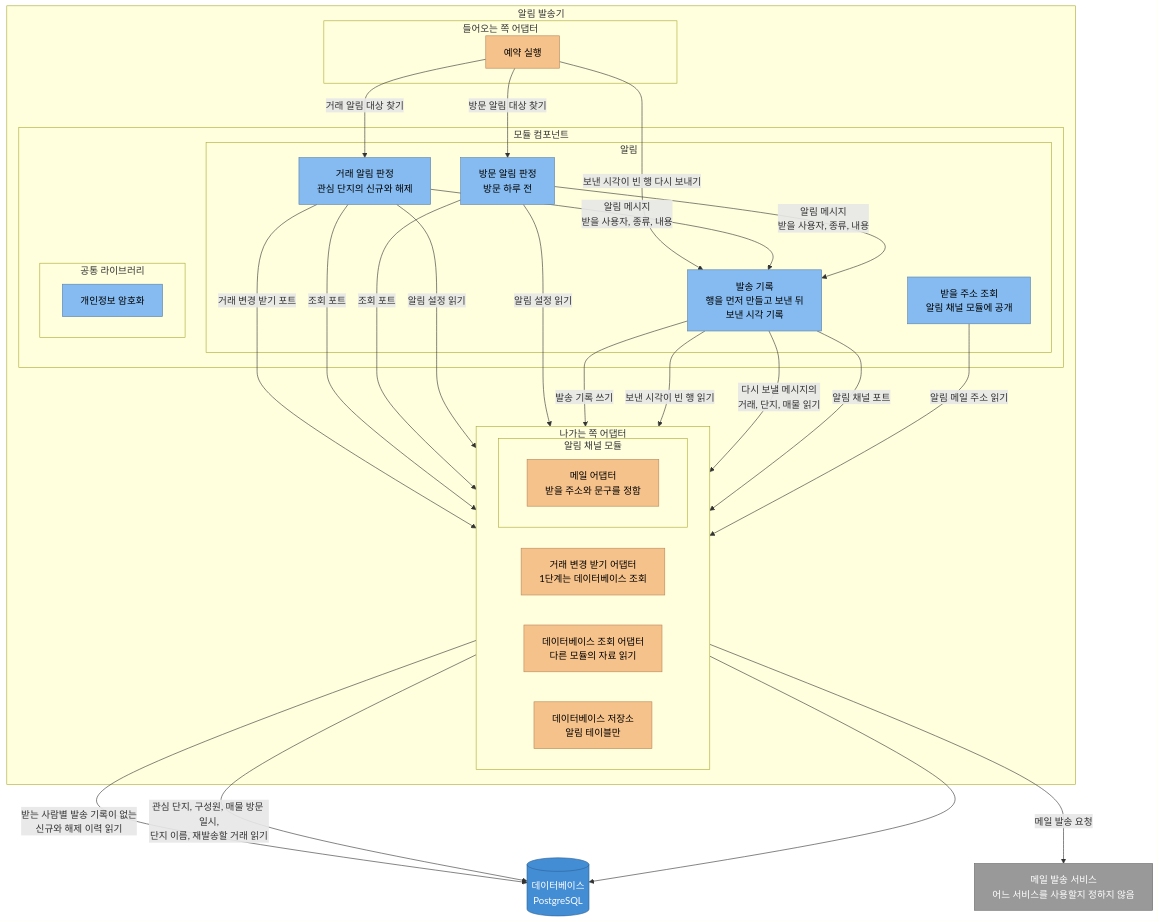
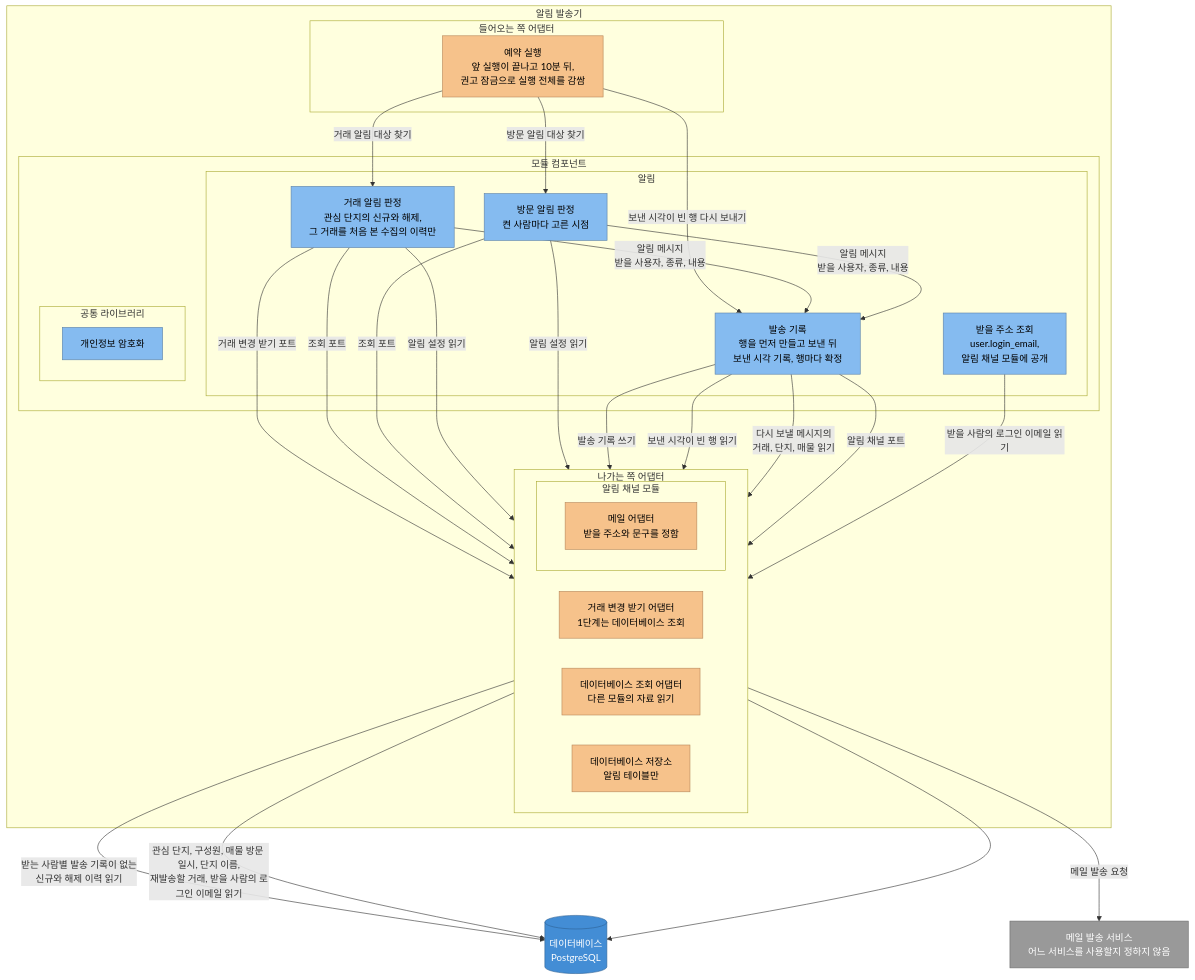
Before and after one commit to Park-Seung-Hun/real-estate: the third of 3 diagrams in docs/architecture/c4-component.md, drawn with Mermaid. The commit also changed other lines of this file and 7 other files, not shown here.

````diff
--- a/docs/architecture/c4-component.md
+++ b/docs/architecture/c4-component.md
@@ -262,63 +265,63 @@
 ```mermaid
 %%{init: {'flowchart': {'wrappingWidth': 260}}}%%
 flowchart TB
   subgraph nt["알림 발송기"]
     subgraph nin["들어오는 쪽 어댑터"]
-      nsched["예약 실행"]
+      nsched["예약 실행<br/>앞 실행이 끝나고 10분 뒤,<br/>권고 잠금으로 실행 전체를 감쌈"]
     end
 
     subgraph nmods["모듈 컴포넌트"]
       subgraph nNoti["알림"]
-        tradeAlert["거래 알림 판정<br/>관심 단지의 신규와 해제"]
-        visitAlert["방문 알림 판정<br/>방문 하루 전"]
-        delivery["발송 기록<br/>행을 먼저 만들고 보낸 뒤<br/>보낸 시각 기록"]
-        addrQ["받을 주소 조회<br/>알림 채널 모듈에 공개"]
+        tradeAlert["거래 알림 판정<br/>관심 단지의 신규와 해제,<br/>그 거래를 처음 본 수집의 이력만"]
+        visitAlert["방문 알림 판정<br/>켠 사람마다 고른 시점"]
+        delivery["발송 기록<br/>행을 먼저 만들고 보낸 뒤<br/>보낸 시각 기록, 행마다 확정"]
+        addrQ["받을 주소 조회<br/>user.login_email,<br/>알림 채널 모듈에 공개"]
       end
       subgraph nCommon["공통 라이브러리"]
         ncrypto["개인정보 암호화"]
       end
     end
 
     subgraph nout["나가는 쪽 어댑터"]
       direction LR
       change["거래 변경 받기 어댑터<br/>1단계는 데이터베이스 조회"]
       query["데이터베이스 조회 어댑터<br/>다른 모듈의 자료 읽기"]
       ndb["데이터베이스 저장소<br/>알림 테이블만"]
       subgraph nch["알림 채널 모듈"]
         mailAd["메일 어댑터<br/>받을 주소와 문구를 정함"]
       end
     end
   end
 
   db[("데이터베이스<br/>PostgreSQL")]
   mail["메일 발송 서비스<br/>어느 서비스를 사용할지 정하지 않음"]
 
   nsched -->|"거래 알림 대상 찾기"| tradeAlert
   nsched -->|"방문 알림 대상 찾기"| visitAlert
   nsched -->|"보낸 시각이 빈 행 다시 보내기"| delivery
   tradeAlert -->|"거래 변경 받기 포트"| change
   tradeAlert -->|"조회 포트"| query
   visitAlert -->|"조회 포트"| query
   tradeAlert -->|"알림 설정 읽기"| ndb
   visitAlert -->|"알림 설정 읽기"| ndb
   tradeAlert -->|"알림 메시지<br/>받을 사용자, 종류, 내용"| delivery
   visitAlert -->|"알림 메시지<br/>받을 사용자, 종류, 내용"| delivery
   delivery -->|"발송 기록 쓰기"| ndb
   delivery -->|"보낸 시각이 빈 행 읽기"| ndb
   delivery -->|"다시 보낼 메시지의<br/>거래, 단지, 매물 읽기"| query
   delivery -->|"알림 채널 포트"| mailAd
-  addrQ -->|"알림 메일 주소 읽기"| ndb
+  addrQ -->|"받을 사람의 로그인 이메일 읽기"| query
   change -->|"받는 사람별 발송 기록이 없는<br/>신규와 해제 이력 읽기"| db
-  query -->|"관심 단지, 구성원, 매물 방문 일시,<br/>단지 이름, 재발송할 거래 읽기"| db
+  query -->|"관심 단지, 구성원, 매물 방문 일시, 단지 이름,<br/>재발송할 거래, 받을 사람의 로그인 이메일 읽기"| db
   ndb --> db
   mailAd -->|"메일 발송 요청"| mail
 
   classDef comp fill:#85bbf0,stroke:#5d82a8,color:#000
   classDef adapter fill:#f6c28b,stroke:#b8875a,color:#000
   classDef store fill:#438dd5,stroke:#2e6295,color:#fff
   classDef ext fill:#999999,stroke:#6b6b6b,color:#fff
   class tradeAlert,visitAlert,delivery,addrQ,ncrypto comp
   class nsched,change,query,ndb,mailAd adapter
   class db store
   class mail ext
 ```
````
